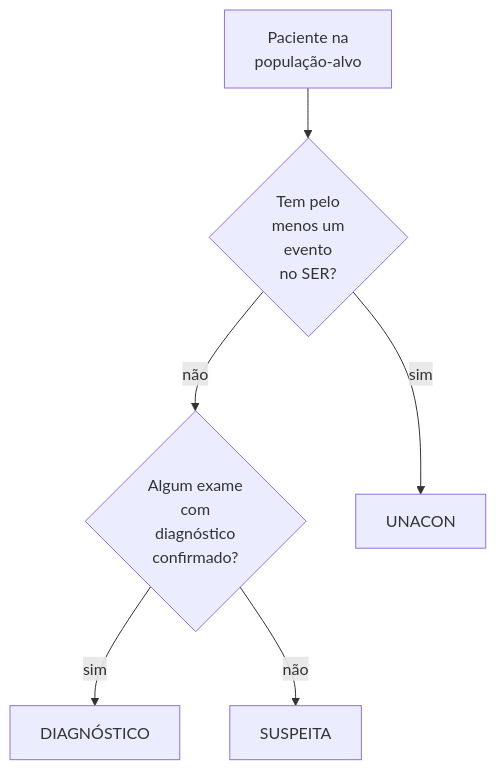
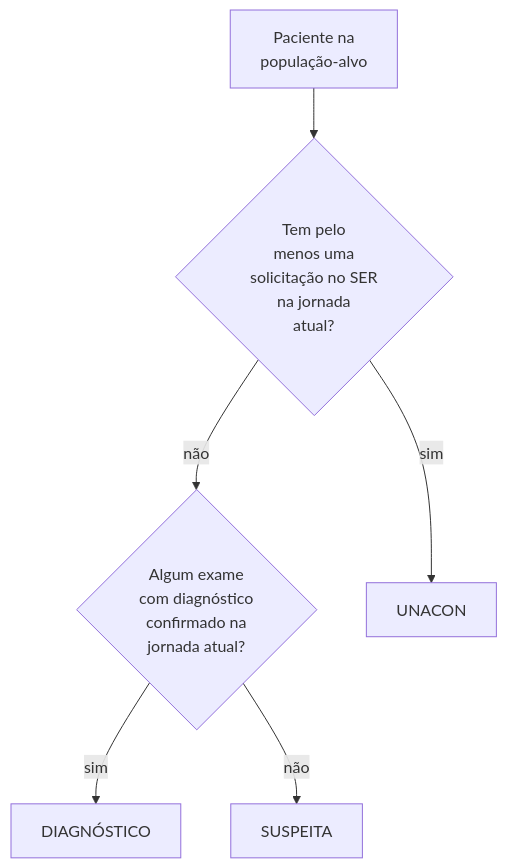
One commit to prefeitura-rio/queries-rj-sms changed the second of 3 diagrams in models/marts/subgeral/monitora_cancer/SOBRE.md. Above: the diagram before and after it, drawn with Mermaid. The commit also changed other lines of this file and 16 other files, not shown here.

````diff
--- a/models/marts/subgeral/monitora_cancer/SOBRE.md
+++ b/models/marts/subgeral/monitora_cancer/SOBRE.md
@@ -71,14 +71,14 @@
 ```mermaid
 flowchart TD
     A[Paciente na<br/>população-alvo]
-    Q1{Tem pelo<br/>menos um<br/>evento<br/>no SER?}
-    Q2{Algum exame<br/>com<br/>diagnóstico<br/>confirmado?}
+    Q1{Tem pelo<br/>menos uma<br/>solicitação no SER<br/>na jornada<br/>atual?}
+    Q2{Algum exame<br/>com diagnóstico<br/>confirmado na<br/>jornada atual?}
     R1[UNACON]
     R2[DIAGNÓSTICO]
     R3[SUSPEITA]
     A --> Q1
     Q1 -- sim --> R1
     Q1 -- não --> Q2
     Q2 -- sim --> R2
     Q2 -- não --> R3
 ```
````
